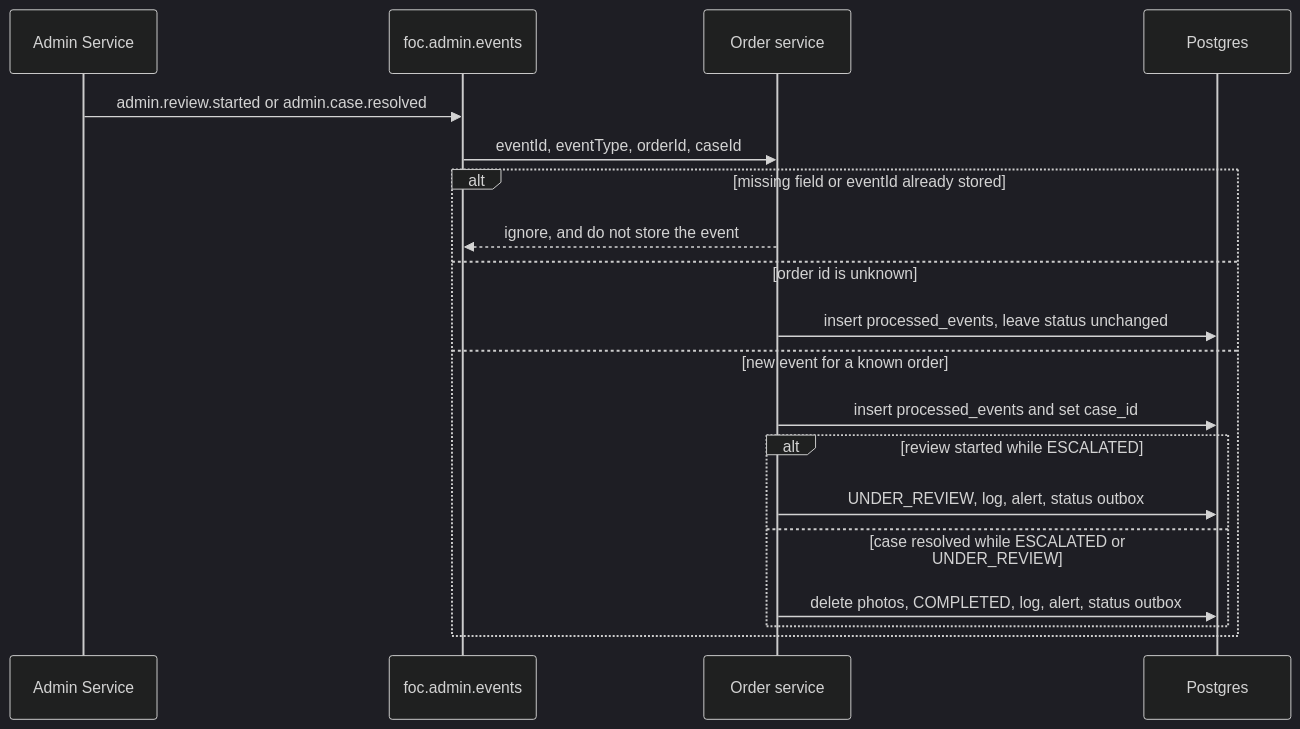
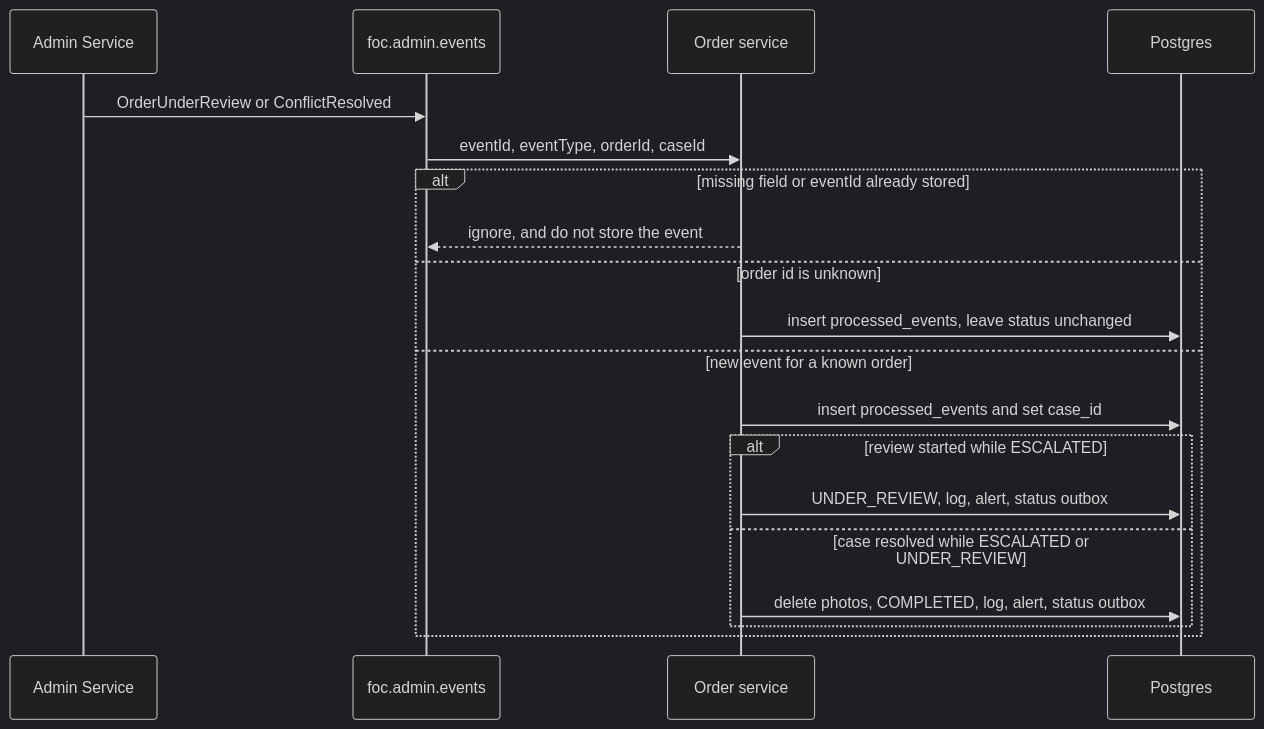
Before and after one commit to junngithub/AY2627S1-CS3219-P15: the diagram in order-service/docs/seq-admin.mmd, drawn with Mermaid (dark theme). The commit also changed 18 other files, not shown here.

```diff
--- a/order-service/docs/seq-admin.mmd
+++ b/order-service/docs/seq-admin.mmd
@@ -1,20 +1,20 @@
 sequenceDiagram
     participant Admin as Admin Service
     participant Kafka as foc.admin.events
     participant Orders as Order service
     participant DB as Postgres
 
-    Admin->>Kafka: admin.review.started or admin.case.resolved
+    Admin->>Kafka: OrderUnderReview or ConflictResolved
     Kafka->>Orders: eventId, eventType, orderId, caseId
     alt missing field or eventId already stored
         Orders-->>Kafka: ignore, and do not store the event
     else order id is unknown
         Orders->>DB: insert processed_events, leave status unchanged
     else new event for a known order
         Orders->>DB: insert processed_events and set case_id
         alt review started while ESCALATED
             Orders->>DB: UNDER_REVIEW, log, alert, status outbox
         else case resolved while ESCALATED or UNDER_REVIEW
             Orders->>DB: delete photos, COMPLETED, log, alert, status outbox
         end
     end
```
